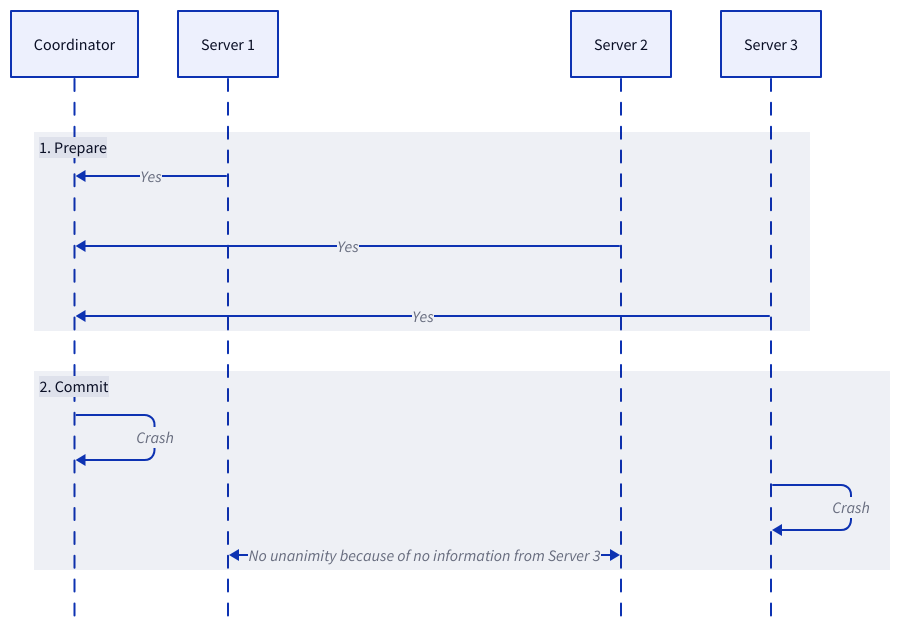
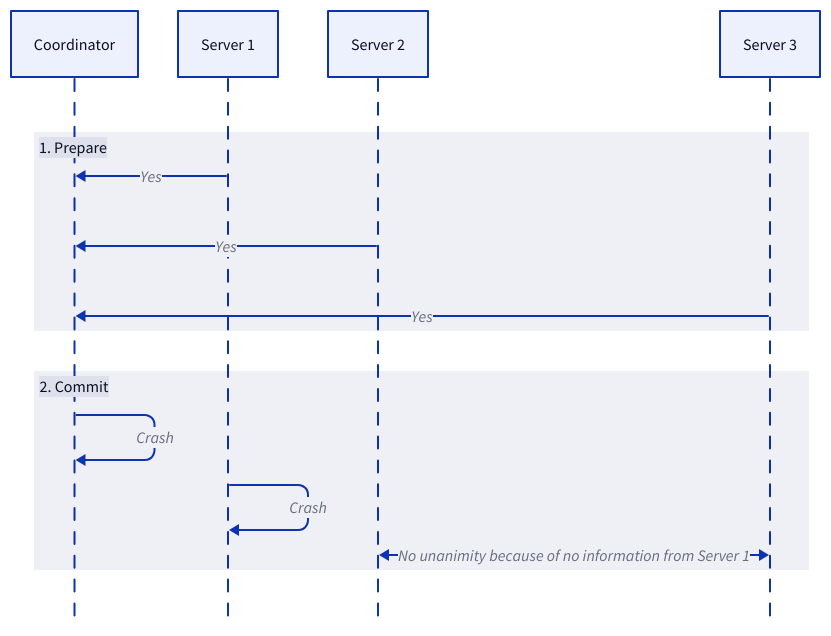
The seventh of 15 diagrams in content/docs/design-patterns/distributed-transaction/blocking-protocols.md (link1905/system-design-101), drawn with D2 before and after one commit. The commit also changed other lines of this file and 12 other files, not shown here.

````diff
--- a/content/docs/design-patterns/distributed-transaction/blocking-protocols.md
+++ b/content/docs/design-patterns/distributed-transaction/blocking-protocols.md
@@ -244,31 +244,31 @@
 ```d2
 shape: sequence_diagram
 c: Coordinator {
     class: router
 }
 s1: Server 1 {
     class: server
 }
 s2: Server 2 {
     class: server
 }
 s3: Server 3 {
     class: server
 }
 "1. Prepare" {
     s1 -> c: "Yes"
     s2 -> c: "Yes"
     s3 -> c: "Yes"
 }
 "2. Commit" {
     c -> c: Crash {
         class: error-conn
     }
-    s3 -> s3: Crash {
+    s1 -> s1: Crash {
         class: error-conn
     }
-    s1 <-> s2: No unanimity because of no information from Server 3 {
+    s2 <-> s3: No unanimity because of no information from Server 1 {
         class: error-conn
     }
 }
 ```
````
